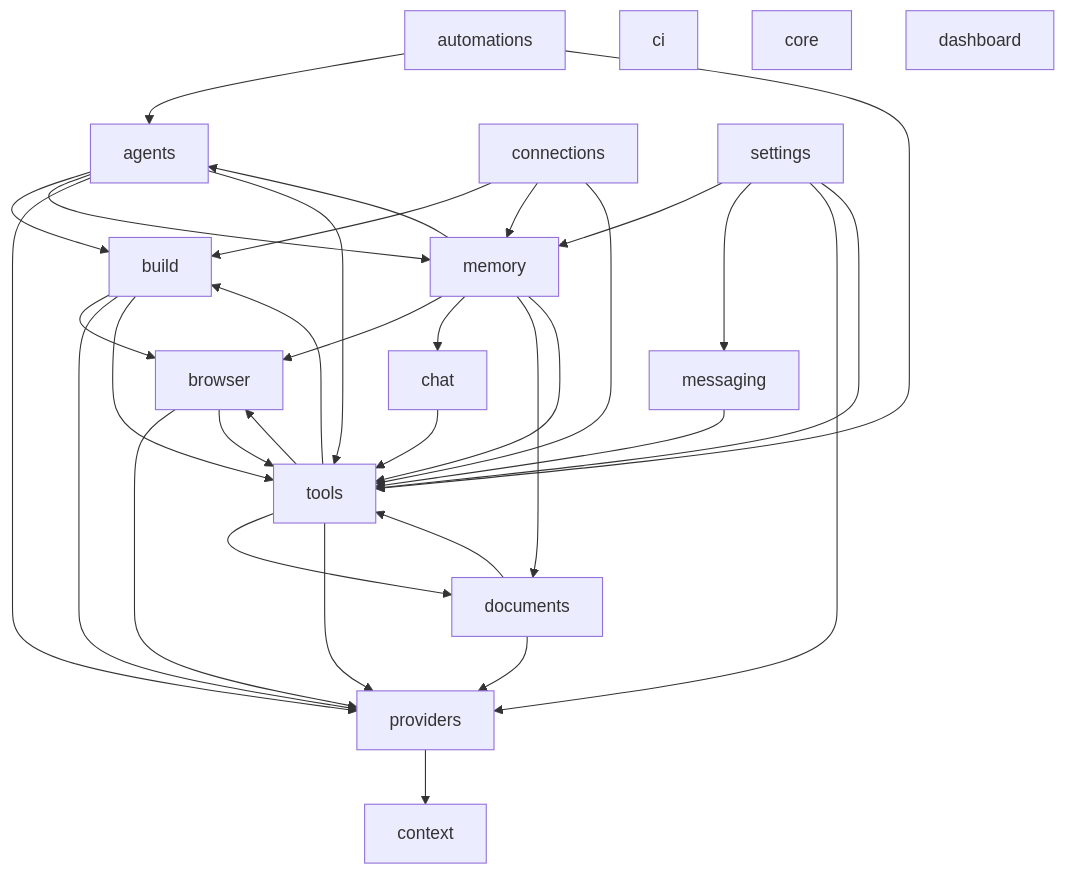
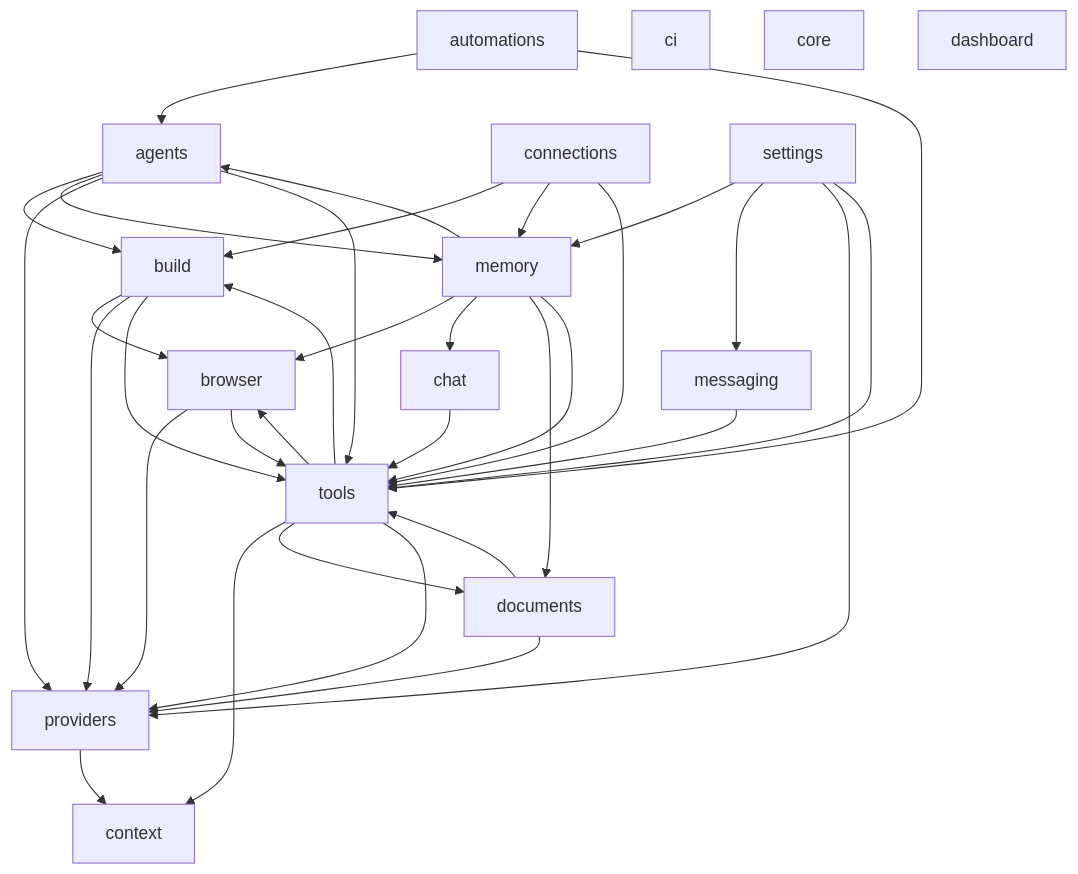
One commit to RealDealCPA-VR/Iron-Jarvis changed the second of 2 diagrams in docs/DEPENDENCIES.md. Above: the diagram before and after it, drawn with Mermaid. The commit also changed other lines of this file and 3 other files, not shown here.

````diff
--- a/docs/DEPENDENCIES.md
+++ b/docs/DEPENDENCIES.md
@@ -53,51 +53,52 @@
 ```mermaid
 flowchart TD
   agents["agents"]
   automations["automations"]
   browser["browser"]
   build["build"]
   chat["chat"]
   ci["ci"]
   connections["connections"]
   context["context"]
   core["core"]
   dashboard["dashboard"]
   documents["documents"]
   memory["memory"]
   messaging["messaging"]
   providers["providers"]
   settings["settings"]
   tools["tools"]
   agents --> build
   agents --> memory
   agents --> providers
   agents --> tools
   automations --> agents
   automations --> tools
   browser --> providers
   browser --> tools
   build --> browser
   build --> providers
   build --> tools
   chat --> tools
   connections --> build
   connections --> memory
   connections --> tools
   documents --> providers
   documents --> tools
   memory --> agents
   memory --> browser
   memory --> chat
   memory --> documents
   memory --> tools
   messaging --> tools
   providers --> context
   settings --> memory
   settings --> messaging
   settings --> providers
   settings --> tools
   tools --> browser
   tools --> build
+  tools --> context
   tools --> documents
   tools --> providers
 ```
````
